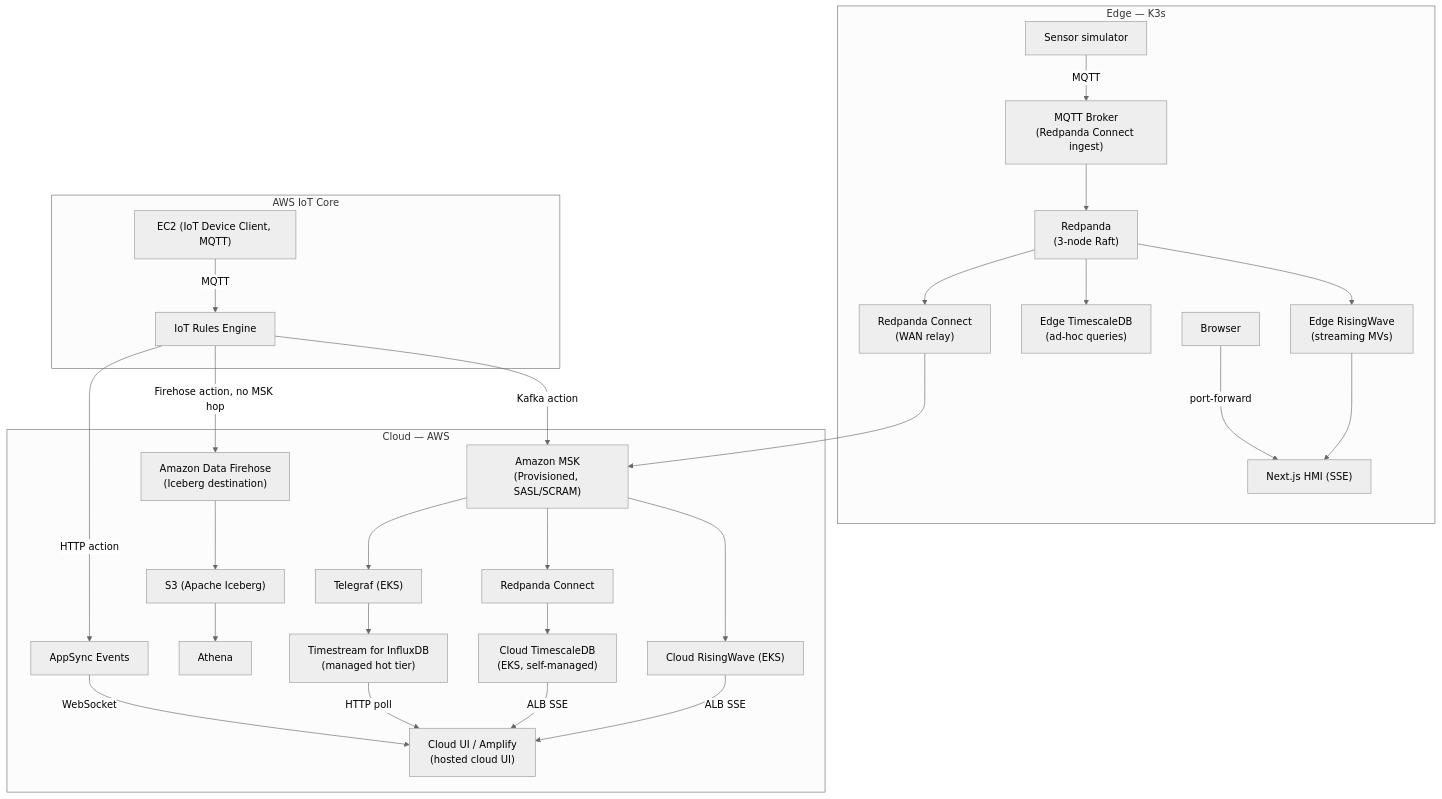
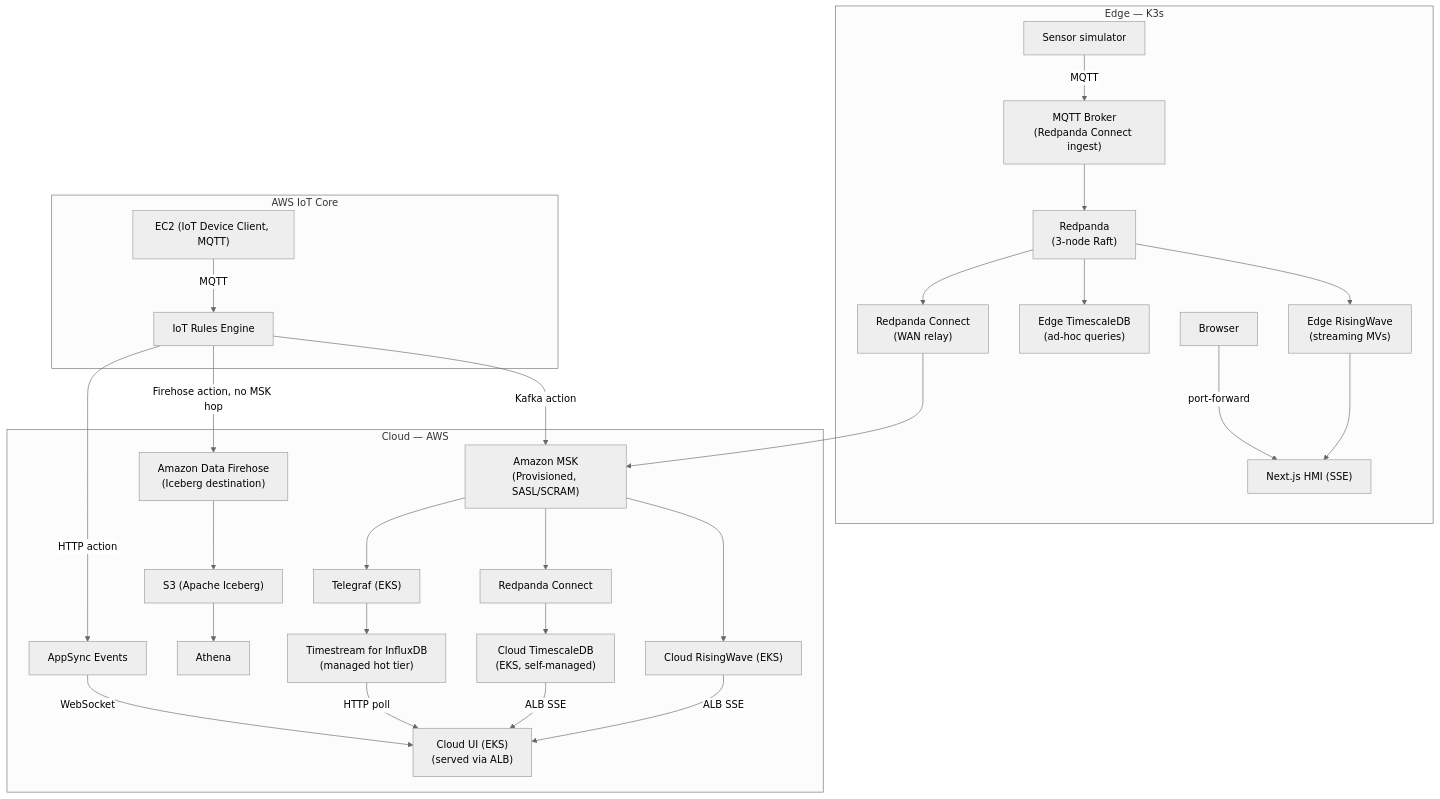
The diagram in workshop/reference/architecture.md (aws-samples/sample-edge-to-cloud-digital-ops-workshop), drawn with Mermaid (neutral theme) before and after one commit. The commit also changed 10 other files, not shown here.

````diff
--- a/workshop/reference/architecture.md
+++ b/workshop/reference/architecture.md
@@ -24,51 +24,51 @@
 ```mermaid
 flowchart TD
   subgraph Edge["Edge — K3s"]
     Sensor["Sensor simulator"]
     MQTT["MQTT Broker<br/>(Redpanda Connect ingest)"]
     Redpanda["Redpanda<br/>(3-node Raft)"]
     EdgeRW["Edge RisingWave<br/>(streaming MVs)"]
     EdgeTS["Edge TimescaleDB<br/>(ad-hoc queries)"]
     HMI["Next.js HMI (SSE)"]
     EdgeBrowser["Browser"]
     WAN["Redpanda Connect<br/>(WAN relay)"]
 
     Sensor -->|MQTT| MQTT --> Redpanda
     Redpanda --> EdgeRW
     Redpanda --> EdgeTS
     Redpanda --> WAN
     EdgeRW --> HMI
     EdgeBrowser -->|port-forward| HMI
   end
 
   subgraph IoT["AWS IoT Core"]
     EC2["EC2 (IoT Device Client, MQTT)"]
     Rules["IoT Rules Engine"]
     EC2 -->|MQTT| Rules
   end
 
   subgraph Cloud["Cloud — AWS"]
     MSK["Amazon MSK<br/>(Provisioned, SASL/SCRAM)"]
     CloudRW["Cloud RisingWave (EKS)"]
     CloudRC["Redpanda Connect"]
     CloudTS["Cloud TimescaleDB<br/>(EKS, self-managed)"]
     Telegraf["Telegraf (EKS)"]
     Influx["Timestream for InfluxDB<br/>(managed hot tier)"]
     Firehose["Amazon Data Firehose<br/>(Iceberg destination)"]
     S3["S3 (Apache Iceberg)"]
     Athena["Athena"]
     AppSync["AppSync Events"]
-    UI["Cloud UI / Amplify<br/>(hosted cloud UI)"]
+    UI["Cloud UI (EKS)<br/>(served via ALB)"]
 
     MSK --> CloudRW -->|ALB SSE| UI
     MSK --> CloudRC --> CloudTS -->|ALB SSE| UI
     MSK --> Telegraf --> Influx -->|HTTP poll| UI
     Firehose --> S3 --> Athena
     AppSync -->|WebSocket| UI
   end
 
   WAN --> MSK
   Rules -->|Kafka action| MSK
   Rules -->|Firehose action, no MSK hop| Firehose
   Rules -->|HTTP action| AppSync
 ```
````
